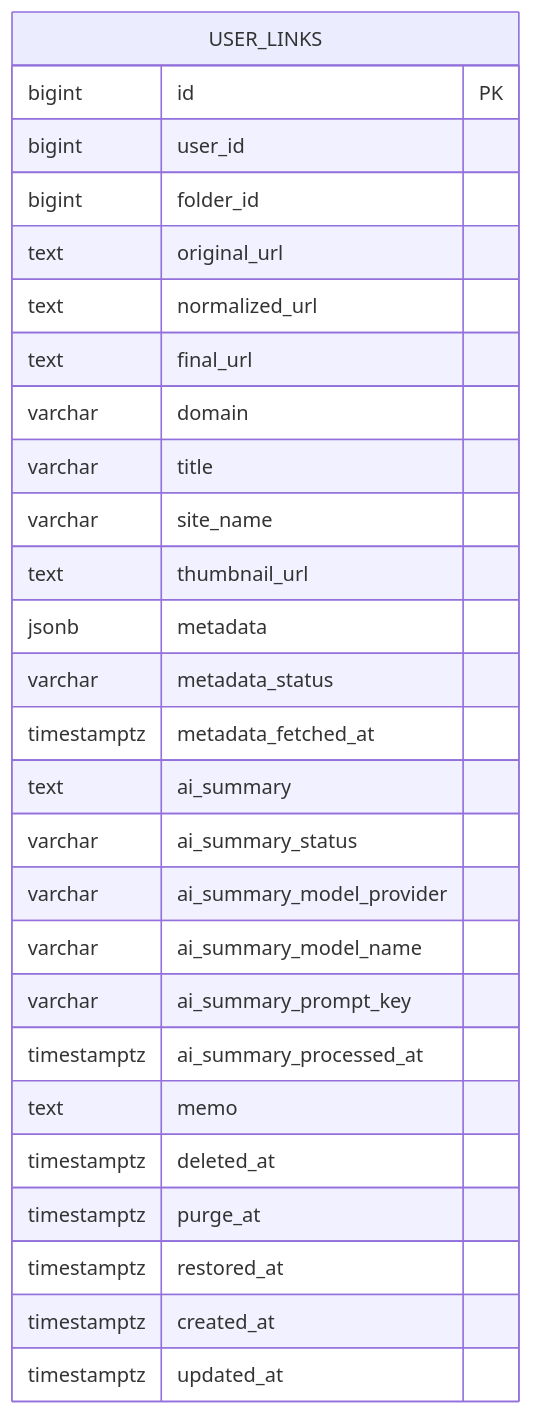
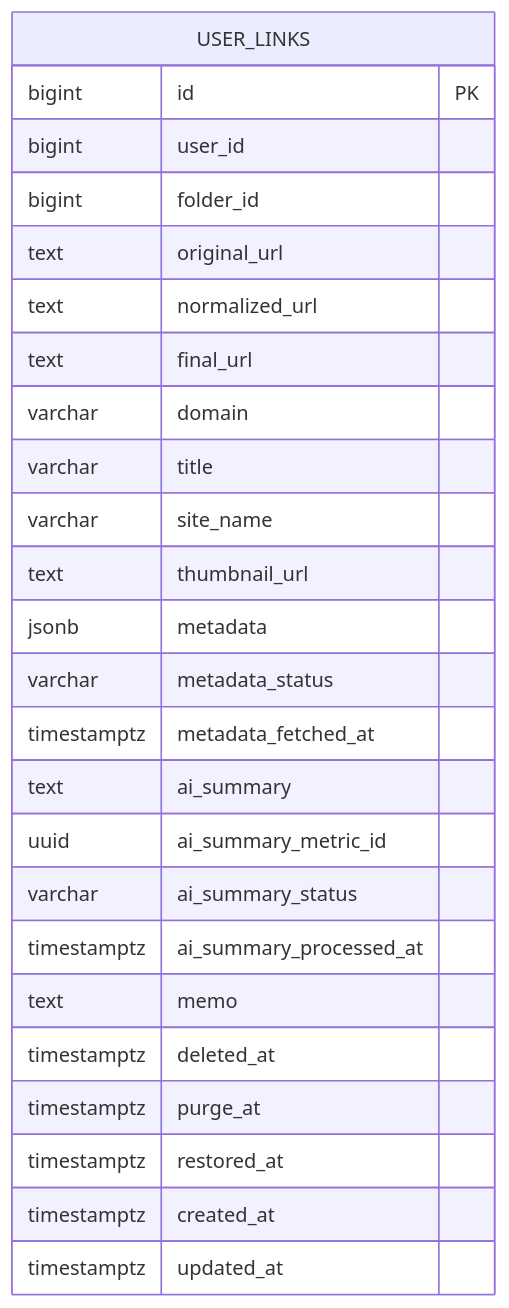
The diagram in docs/database/tables/user_links.md (mash-up-kr/Promise.9-Server), drawn with Mermaid before and after one commit. The commit also changed other lines of this file, not shown here.

````diff
--- a/docs/database/tables/user_links.md
+++ b/docs/database/tables/user_links.md
@@ -7,30 +7,28 @@
 ```mermaid
 erDiagram
   USER_LINKS {
     bigint id PK
     bigint user_id
     bigint folder_id
     text original_url
     text normalized_url
     text final_url
     varchar domain
     varchar title
     varchar site_name
     text thumbnail_url
     jsonb metadata
     varchar metadata_status
     timestamptz metadata_fetched_at
     text ai_summary
+    uuid ai_summary_metric_id
     varchar ai_summary_status
-    varchar ai_summary_model_provider
-    varchar ai_summary_model_name
-    varchar ai_summary_prompt_key
     timestamptz ai_summary_processed_at
     text memo
     timestamptz deleted_at
     timestamptz purge_at
     timestamptz restored_at
     timestamptz created_at
     timestamptz updated_at
   }
 ```
````
